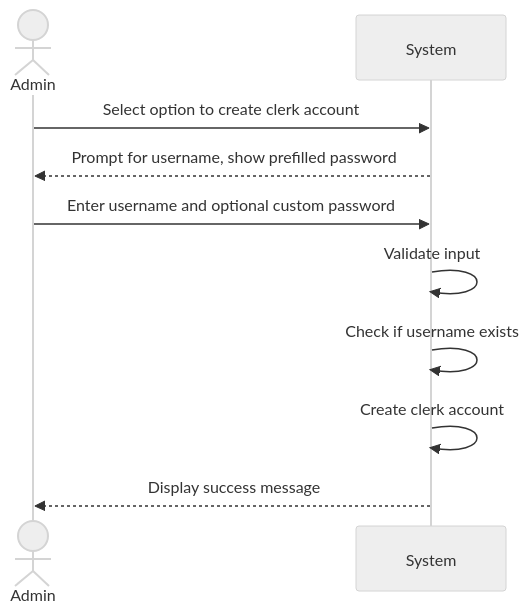
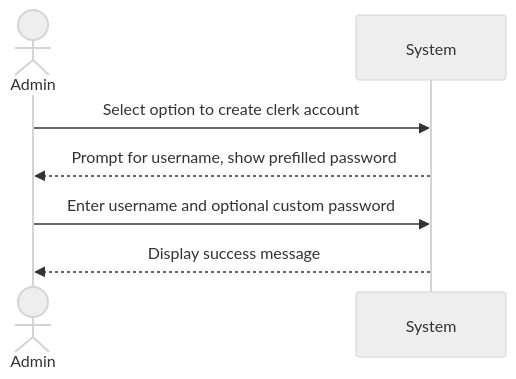
One commit to JaceYar/Software1-Proj changed the diagram in Documentation/User-Cases/CreateHotelClerkAccount.md. Above: the diagram before and after it, drawn with Mermaid (neutral theme). The commit also changed 17 other files, not shown here.

````diff
--- a/Documentation/User-Cases/CreateHotelClerkAccount.md
+++ b/Documentation/User-Cases/CreateHotelClerkAccount.md
@@ -11,13 +11,10 @@
 ```mermaid
 sequenceDiagram
     actor Admin
     participant System
 
     Admin->>System: Select option to create clerk account
     System-->>Admin: Prompt for username, show prefilled password
     Admin->>System: Enter username and optional custom password
-    System->>System: Validate input
-    System->>System: Check if username exists
-    System->>System: Create clerk account
     System-->>Admin: Display success message
 ```
````
